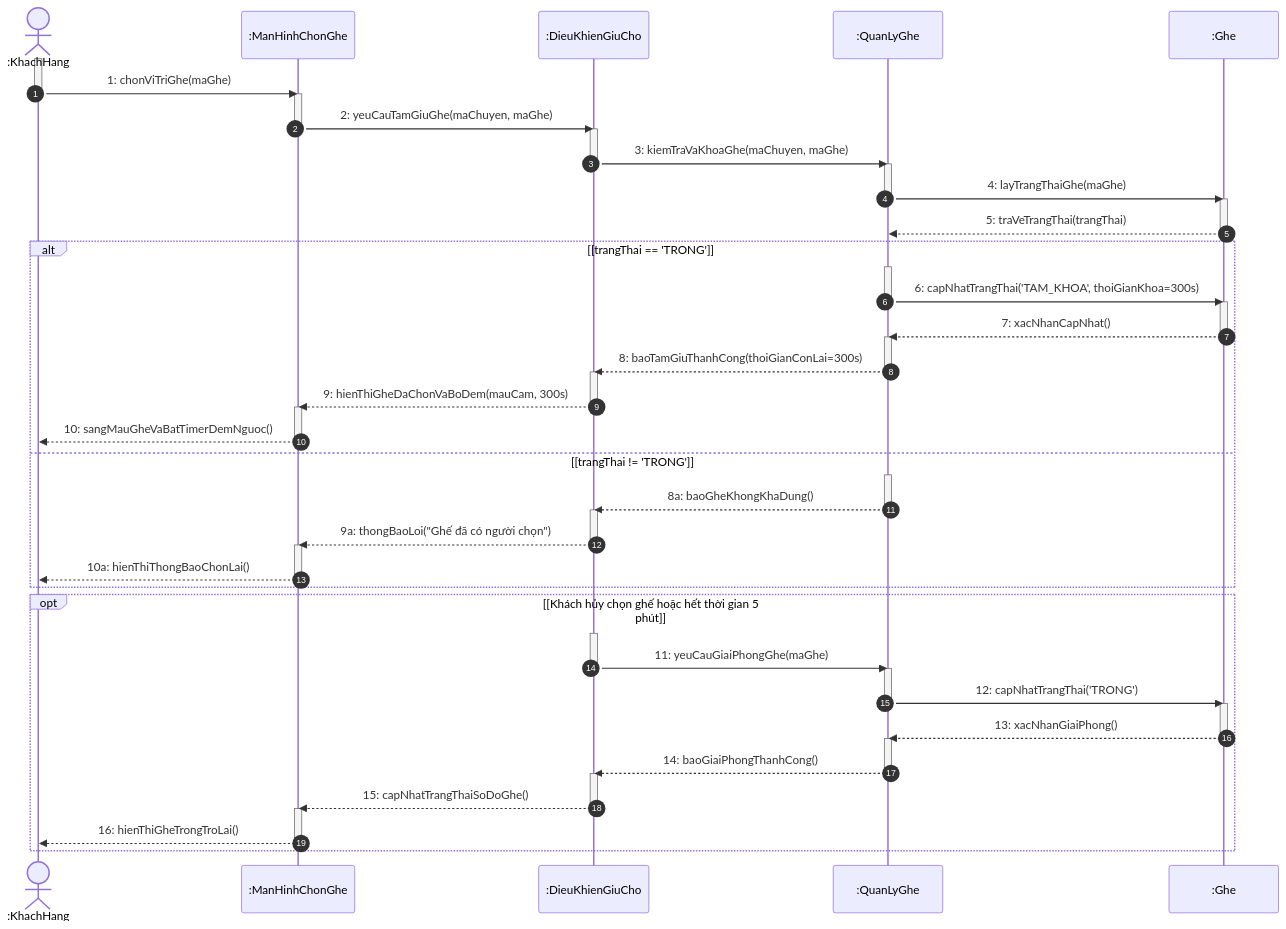
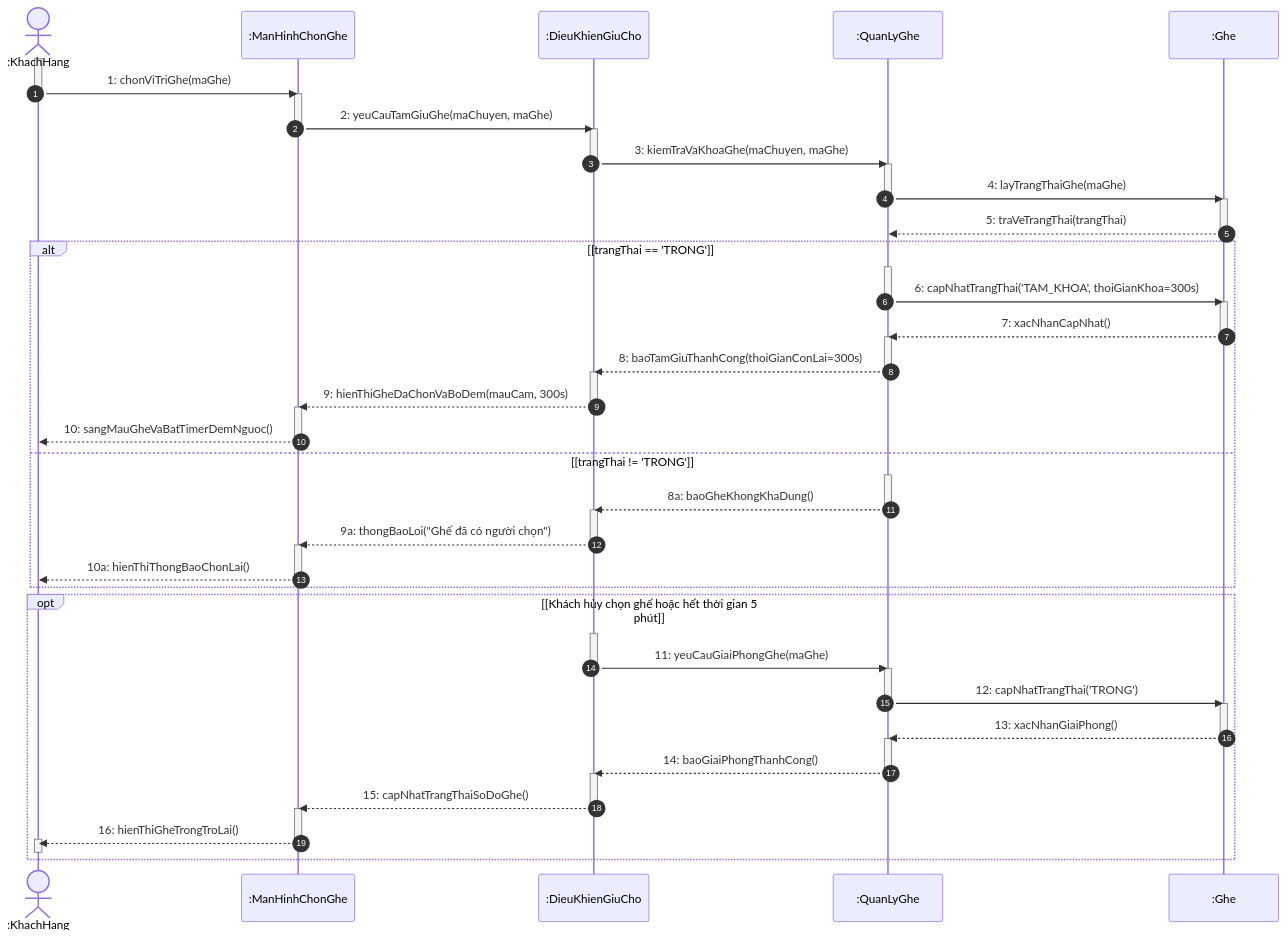
Before and after one commit to Longcodepro/Project_OOAD_HK1_2026-2027: the third of 20 diagrams in docs/sequence/Sequence_diagram.md, drawn with Mermaid. The commit also changed other lines of this file, not shown here.

Commit message:
Add 2.18 (UC18) in sequence diagram

````diff
--- a/docs/sequence/Sequence_diagram.md
+++ b/docs/sequence/Sequence_diagram.md
@@ -231,76 +235,78 @@
 ```mermaid
 sequenceDiagram
     autonumber
     actor KH as :KhachHang
     participant MH as :ManHinhChonGhe
     participant DK as :DieuKhienGiuCho
     participant QLG as :QuanLyGhe
     participant GHE as :Ghe
 
     %% Luồng: Chọn vị trí ghế & Tạm giữ chỗ
     activate KH
     KH ->> MH: 1: chonViTriGhe(maGhe)
     deactivate KH
     activate MH
     MH ->> DK: 2: yeuCauTamGiuGhe(maChuyen, maGhe)
     deactivate MH
 
     activate DK
     DK ->> QLG: 3: kiemTraVaKhoaGhe(maChuyen, maGhe)
     deactivate DK
     activate QLG
     QLG ->> GHE: 4: layTrangThaiGhe(maGhe)
     deactivate QLG
     activate GHE
     GHE -->> QLG: 5: traVeTrangThai(trangThai)
     deactivate GHE
 
     alt [trangThai == 'TRONG']
         activate QLG
         QLG ->> GHE: 6: capNhatTrangThai('TAM_KHOA', thoiGianKhoa=300s)
         deactivate QLG
         activate GHE
         GHE -->> QLG: 7: xacNhanCapNhat()
         deactivate GHE
         activate QLG
         QLG -->> DK: 8: baoTamGiuThanhCong(thoiGianConLai=300s)
         deactivate QLG
         activate DK
         DK -->> MH: 9: hienThiGheDaChonVaBoDem(mauCam, 300s)
         deactivate DK
         activate MH
         MH -->> KH: 10: sangMauGheVaBatTimerDemNguoc()
         deactivate MH
     else [trangThai != 'TRONG']
         activate QLG
         QLG -->> DK: 8a: baoGheKhongKhaDung()
         deactivate QLG
         activate DK
         DK -->> MH: 9a: thongBaoLoi("Ghế đã có người chọn")
         deactivate DK
         activate MH
         MH -->> KH: 10a: hienThiThongBaoChonLai()
         deactivate MH
     end
 
     opt [Khách hủy chọn ghế hoặc hết thời gian 5 phút]
         activate DK
         DK ->> QLG: 11: yeuCauGiaiPhongGhe(maGhe)
         deactivate DK
         activate QLG
         QLG ->> GHE: 12: capNhatTrangThai('TRONG')
         deactivate QLG
         activate GHE
         GHE -->> QLG: 13: xacNhanGiaiPhong()
         deactivate GHE
         activate QLG
         QLG -->> DK: 14: baoGiaiPhongThanhCong()
         deactivate QLG
         activate DK
         DK -->> MH: 15: capNhatTrangThaiSoDoGhe()
         deactivate DK
         activate MH
         MH -->> KH: 16: hienThiGheTrongTroLai()
         deactivate MH
+        activate KH
+        deactivate KH
     end
 ```
````
